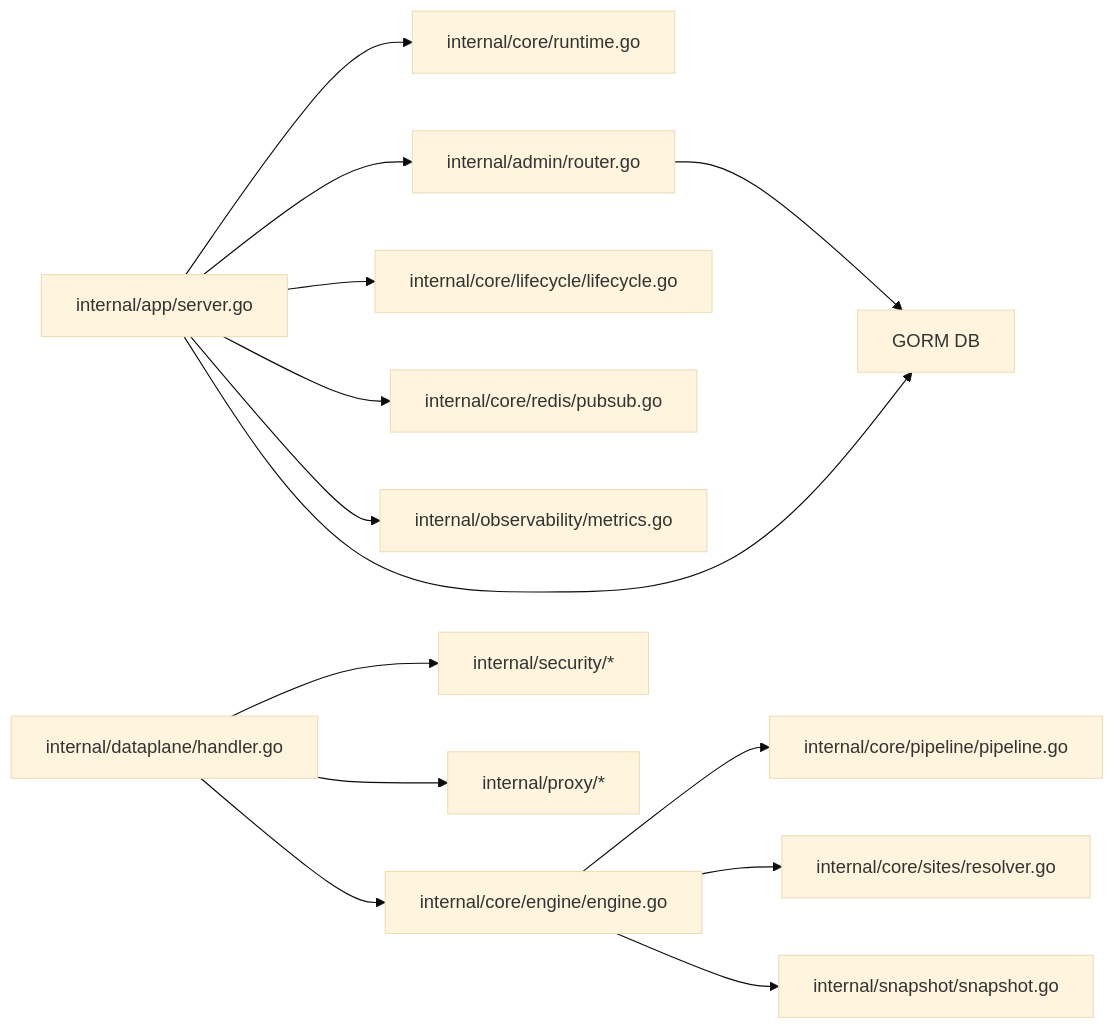
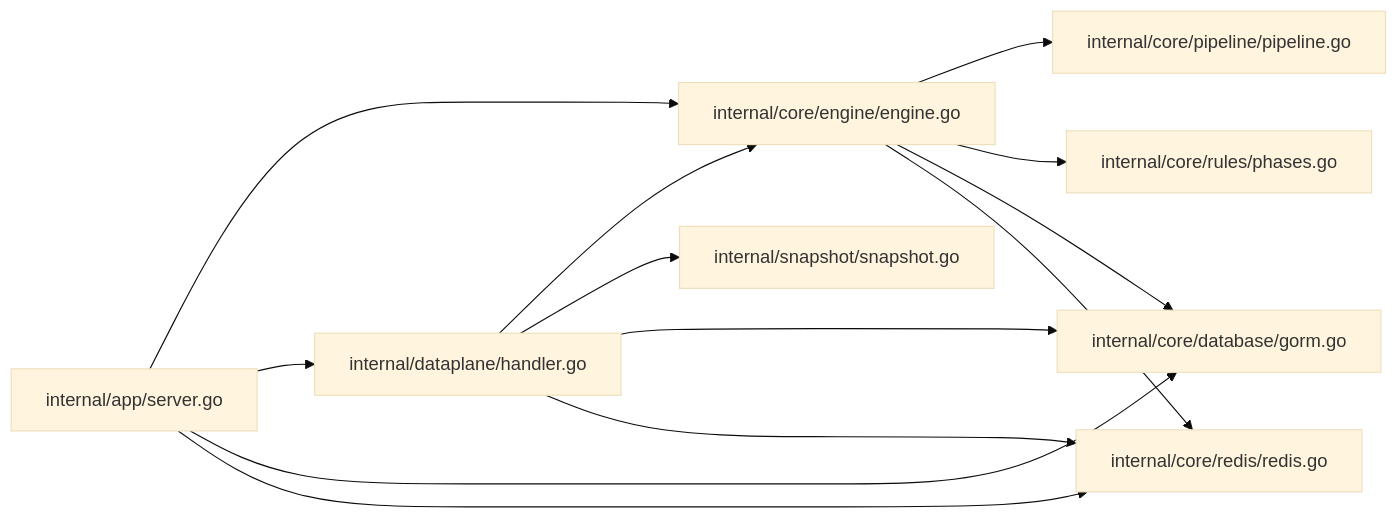
One commit to x01n/My-OpenWaf changed the fifth of 5 diagrams in docs/项目概述/技术架构.md. Above: the diagram before and after it, drawn with Mermaid (base theme). The commit also changed other lines of this file and 199 other files, not shown here.

````diff
--- a/docs/项目概述/技术架构.md
+++ b/docs/项目概述/技术架构.md
@@ -316,16 +257,15 @@
 ```mermaid
 graph LR
-App["internal/app/server.go"] --> RT["internal/core/runtime.go"]
-App --> Admin["internal/admin/router.go"]
-App --> Life["internal/core/lifecycle/lifecycle.go"]
-App --> Redis["internal/core/redis/pubsub.go"]
-App --> Obs["internal/observability/metrics.go"]
-DP["internal/dataplane/handler.go"] --> Eng["internal/core/engine/engine.go"]
-Eng --> Pipe["internal/core/pipeline/pipeline.go"]
-Eng --> Res["internal/core/sites/resolver.go"]
-Eng --> Snap["internal/snapshot/snapshot.go"]
-Admin --> DB["GORM DB"]
-App --> DB
-DP --> Sec["internal/security/*"]
-DP --> Proxy["internal/proxy/*"]
+App["internal/app/server.go"] --> Engine["internal/core/engine/engine.go"]
+App --> DP["internal/dataplane/handler.go"]
+Engine --> Pipeline["internal/core/pipeline/pipeline.go"]
+Engine --> Phases["internal/core/rules/phases.go"]
+DP --> Engine
+DP --> Snapshot["internal/snapshot/snapshot.go"]
+App --> DB["internal/core/database/gorm.go"]
+App --> Redis["internal/core/redis/redis.go"]
+Engine --> DB
+Engine --> Redis
+DP --> DB
+DP --> Redis
 ```
````
